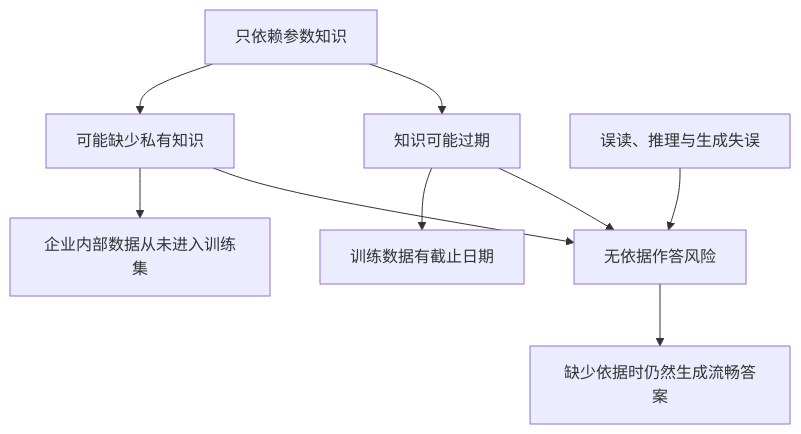
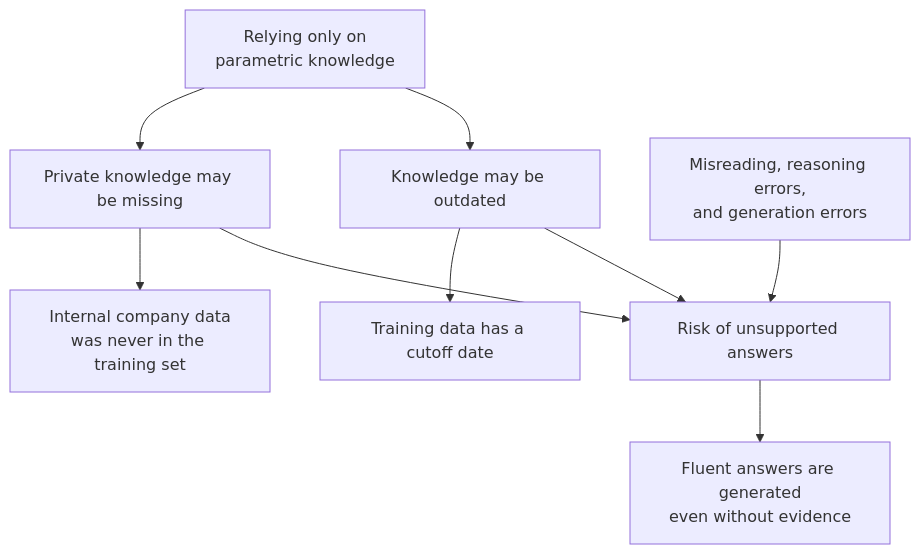
The first of 4 diagrams in docs/rag/01-foundations/01-what-is-rag.md (oneleaveknowsthefall/awesome-ai-roadmap), drawn with Mermaid before and after one commit. The commit also changed other lines of this file and 60 other files, not shown here.

````diff
--- a/docs/rag/01-foundations/01-what-is-rag.md
+++ b/docs/rag/01-foundations/01-what-is-rag.md
@@ -21,12 +21,12 @@
 ```mermaid
 flowchart TB
-    ROOT[只依赖参数知识] --> P1[知识可能过期]
-    ROOT --> P2[可能缺少私有知识]
-    P1 --> P3[无依据作答风险]
+    ROOT[Relying only on<br/>parametric knowledge] --> P1[Knowledge may be outdated]
+    ROOT --> P2[Private knowledge may be missing]
+    P1 --> P3[Risk of unsupported answers]
     P2 --> P3
-    OTHER[误读、推理与生成失误] --> P3
+    OTHER[Misreading, reasoning errors,<br/>and generation errors] --> P3
 
-    P1 --> D1[训练数据有截止日期]
-    P2 --> D2[企业内部数据从未进入训练集]
-    P3 --> D3[缺少依据时仍然生成流畅答案]
+    P1 --> D1[Training data has a cutoff date]
+    P2 --> D2[Internal company data<br/>was never in the training set]
+    P3 --> D3[Fluent answers are generated<br/>even without evidence]
 ```
````
